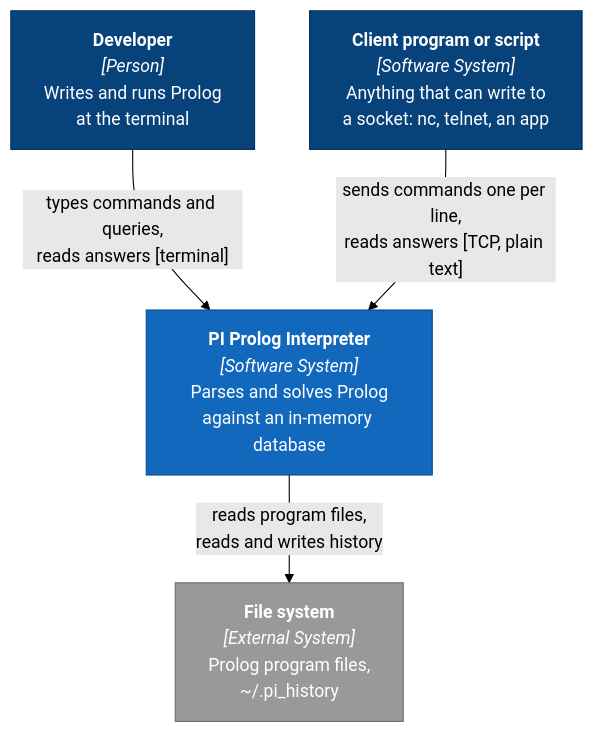
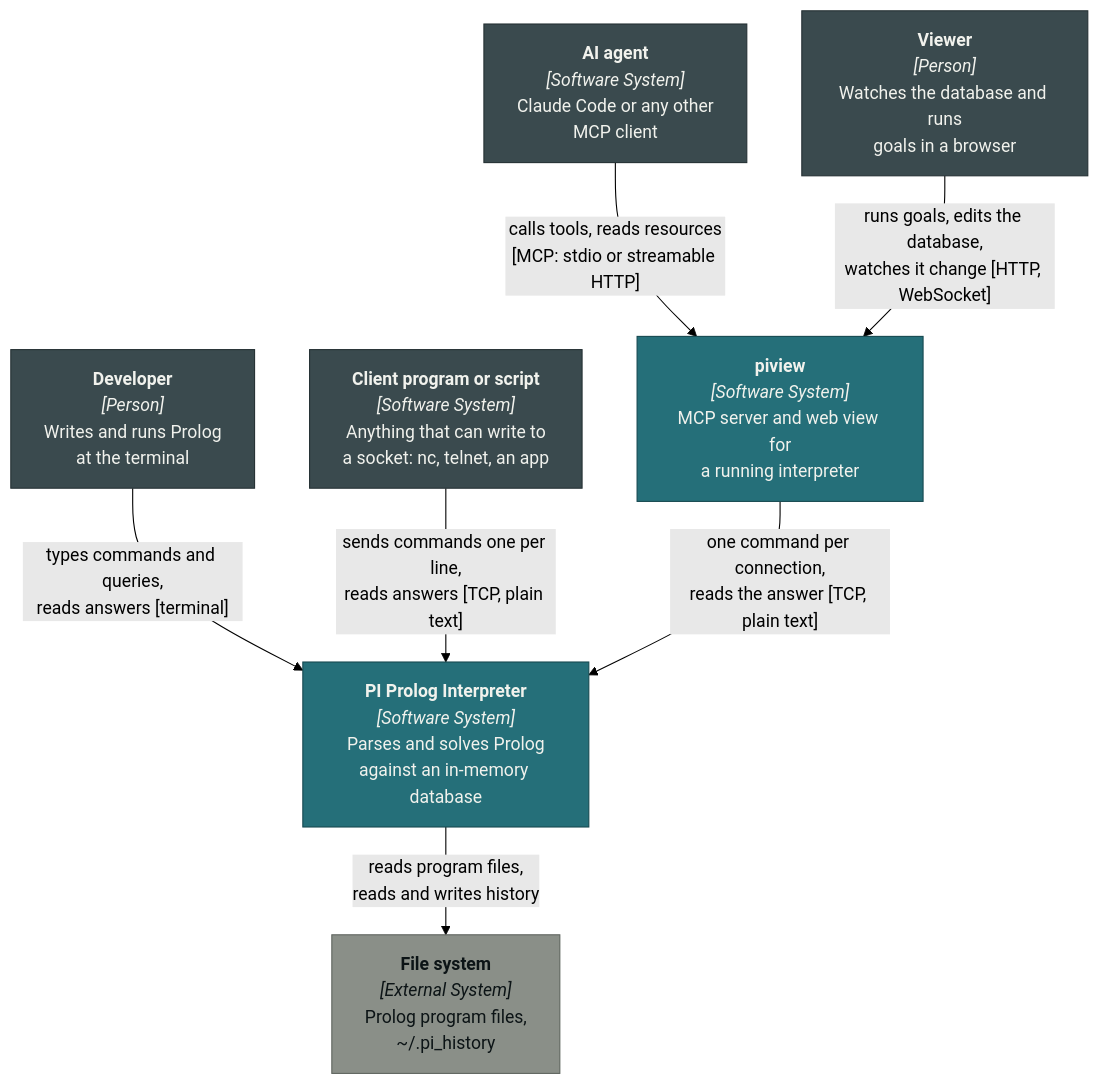
One commit to rock3125/pi changed the first of 10 diagrams in docs/c4-model.md. Above: the diagram before and after it, drawn with Mermaid (forest theme). The commit also changed other lines of this file and 5 other files, not shown here.

````diff
--- a/docs/c4-model.md
+++ b/docs/c4-model.md
@@ -14,20 +21,27 @@
 ```mermaid
 flowchart TB
     dev["<b>Developer</b><br/><i>[Person]</i><br/>Writes and runs Prolog<br/>at the terminal"]
+    viewer["<b>Viewer</b><br/><i>[Person]</i><br/>Watches the database and runs<br/>goals in a browser"]
+    agent["<b>AI agent</b><br/><i>[Software System]</i><br/>Claude Code or any other<br/>MCP client"]
     client["<b>Client program or script</b><br/><i>[Software System]</i><br/>Anything that can write to<br/>a socket: nc, telnet, an app"]
+
+    piview["<b>piview</b><br/><i>[Software System]</i><br/>MCP server and web view for<br/>a running interpreter"]
 
     pi["<b>PI Prolog Interpreter</b><br/><i>[Software System]</i><br/>Parses and solves Prolog<br/>against an in-memory database"]
 
     fs["<b>File system</b><br/><i>[External System]</i><br/>Prolog program files,<br/>~/.pi_history"]
 
     dev -->|"types commands and queries,<br/>reads answers [terminal]"| pi
     client -->|"sends commands one per line,<br/>reads answers [TCP, plain text]"| pi
+    agent -->|"calls tools, reads resources<br/>[MCP: stdio or streamable HTTP]"| piview
+    viewer -->|"runs goals, edits the database,<br/>watches it change [HTTP, WebSocket]"| piview
+    piview -->|"one command per connection,<br/>reads the answer [TCP, plain text]"| pi
     pi -->|"reads program files,<br/>reads and writes history"| fs
 
-    classDef person fill:#08427b,stroke:#052e56,color:#fff
-    classDef system fill:#1168bd,stroke:#0b4884,color:#fff
-    classDef external fill:#999,stroke:#6b6b6b,color:#fff
-    class dev,client person
-    class pi system
+    classDef person fill:#3A4A4E,stroke:#253134,color:#F1F2ED
+    classDef system fill:#256F79,stroke:#164950,color:#F1F2ED
+    classDef external fill:#8A8F88,stroke:#5E645E,color:#0C1416
+    class dev,viewer,agent,client person
+    class pi,piview system
     class fs external
 ```
````
